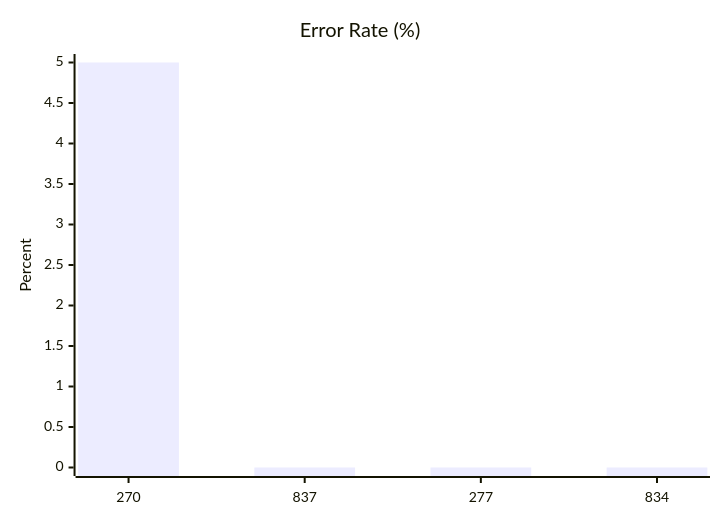
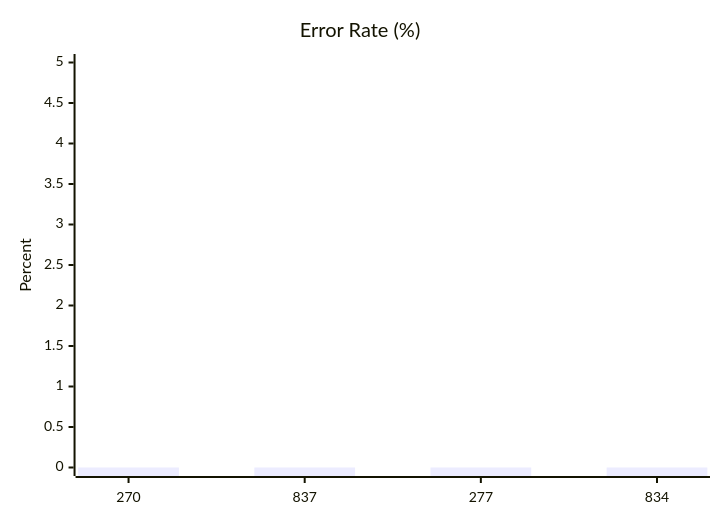
One commit to dhagan-va/intern-2025 changed the fourth of 10 diagrams in test-tools/DataGen/src/Statistics_Visualizer.md. Above: the diagram before and after it, drawn with Mermaid. The commit also changed other lines of this file and 5 other files, not shown here.

````diff
--- a/test-tools/DataGen/src/Statistics_Visualizer.md
+++ b/test-tools/DataGen/src/Statistics_Visualizer.md
@@ -49,7 +50,7 @@
 ```mermaid
 xychart-beta
     title "Error Rate (%)"
     x-axis ["270", "837", "277", "834"]
     y-axis "Percent" 0 --> 5
-    bar [5.0, 0, 0, 0]
+    bar [0, 0, 0, 0, 0]
 ```
````
